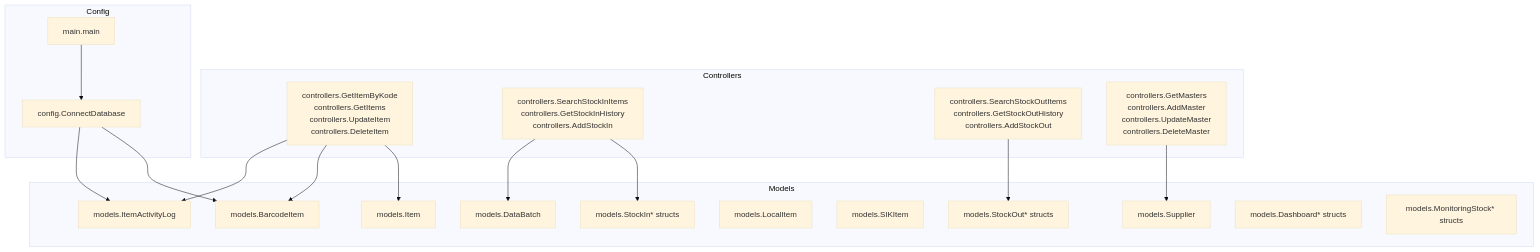
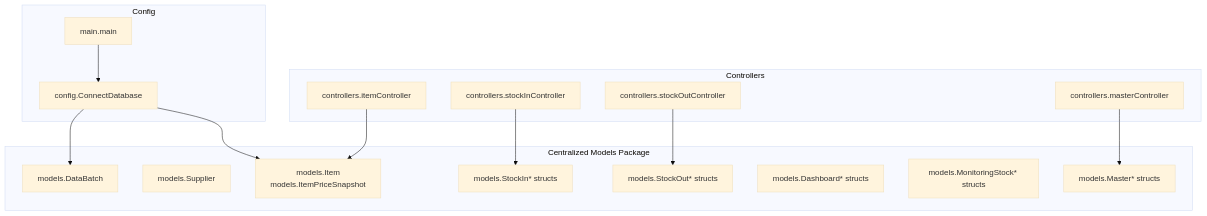
The first of 10 diagrams in .qoder/repowiki/en/content/Backend Architecture/Data Models & ORM Mapping.md (haidarqawama/PPA-klinik-amc), drawn with Mermaid (base theme) before and after one commit. The commit also changed other lines of this file and 58 other files, not shown here.

````diff
--- a/.qoder/repowiki/en/content/Backend Architecture/Data Models & ORM Mapping.md
+++ b/.qoder/repowiki/en/content/Backend Architecture/Data Models & ORM Mapping.md
@@ -42,36 +44,30 @@
 ```mermaid
 graph TB
-subgraph "Models"
-M_Item["models.Item"]
+subgraph "Centralized Models Package"
+M_Item["models.Item<br/>models.ItemPriceSnapshot"]
 M_Supplier["models.Supplier"]
 M_StockIn["models.StockIn* structs"]
 M_StockOut["models.StockOut* structs"]
 M_Batch["models.DataBatch"]
-M_LocalItem["models.LocalItem"]
-M_SIKItem["models.SIKItem"]
-M_Barcode["models.BarcodeItem"]
-M_Activity["models.ItemActivityLog"]
 M_Dashboard["models.Dashboard* structs"]
 M_Monitoring["models.MonitoringStock* structs"]
+M_Master["models.Master* structs"]
 end
 subgraph "Controllers"
-C_Item["controllers.GetItemByKode<br/>controllers.GetItems<br/>controllers.UpdateItem<br/>controllers.DeleteItem"]
-C_StockIn["controllers.SearchStockInItems<br/>controllers.GetStockInHistory<br/>controllers.AddStockIn"]
-C_StockOut["controllers.SearchStockOutItems<br/>controllers.GetStockOutHistory<br/>controllers.AddStockOut"]
-C_Master["controllers.GetMasters<br/>controllers.AddMaster<br/>controllers.UpdateMaster<br/>controllers.DeleteMaster"]
+C_Item["controllers.itemController"]
+C_StockIn["controllers.stockInController"]
+C_StockOut["controllers.stockOutController"]
+C_Master["controllers.masterController"]
 end
 subgraph "Config"
 CFG_DB["config.ConnectDatabase"]
 MAIN["main.main"]
 end
-CFG_DB --> M_Barcode
-CFG_DB --> M_Activity
+CFG_DB --> M_Item
+CFG_DB --> M_Batch
 MAIN --> CFG_DB
 C_Item --> M_Item
-C_Item --> M_Barcode
-C_Item --> M_Activity
 C_StockIn --> M_StockIn
-C_StockIn --> M_Batch
 C_StockOut --> M_StockOut
-C_Master --> M_Supplier
+C_Master --> M_Master
 ```
````
